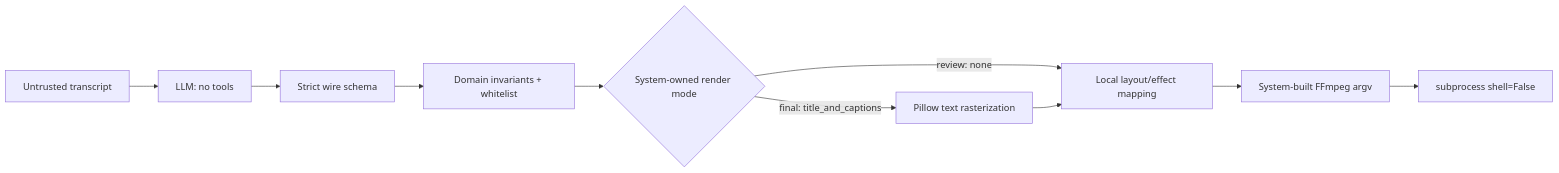
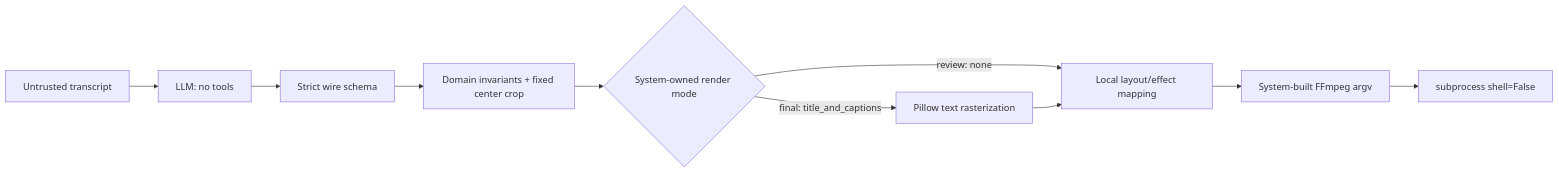
The sixth of 7 diagrams in docs/architecture.md (junhuaus/autoclip), drawn with Mermaid before and after one commit. The commit also changed other lines of this file and 39 other files, not shown here.

````diff
--- a/docs/architecture.md
+++ b/docs/architecture.md
@@ -105,12 +105,12 @@
 ```mermaid
 flowchart LR
   TEXT[Untrusted transcript] --> MODEL[LLM: no tools]
   MODEL --> WIRE[Strict wire schema]
-  WIRE --> DOMAIN[Domain invariants + whitelist]
+  WIRE --> DOMAIN[Domain invariants + fixed center crop]
   DOMAIN --> MODE{System-owned render mode}
   MODE -->|review: none| MAP[Local layout/effect mapping]
   MODE -->|final: title_and_captions| PNG[Pillow text rasterization]
   PNG --> MAP
   MAP --> ARGV[System-built FFmpeg argv]
   ARGV --> EXEC[subprocess shell=False]
 ```
````
